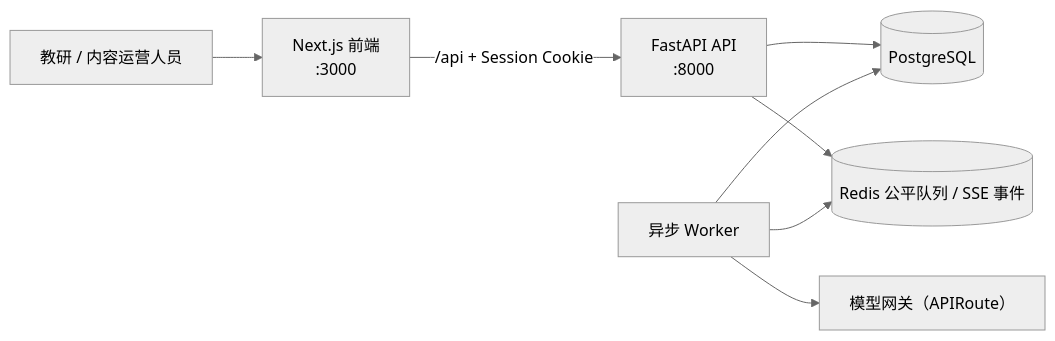
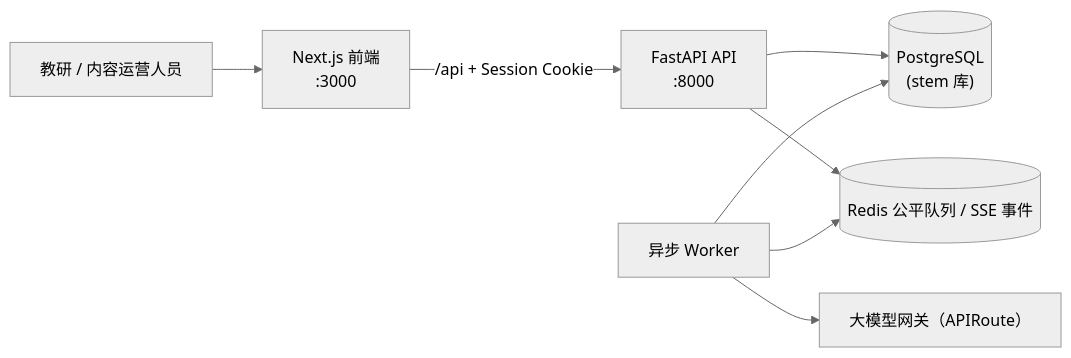
One commit to peteryipikachu-cpu/stem-system changed the first of 2 diagrams in README.md. Above: the diagram before and after it, drawn with Mermaid (neutral theme). The commit also changed other lines of this file, not shown here.

````diff
--- a/README.md
+++ b/README.md
@@ -50,10 +55,10 @@
 ```mermaid
 flowchart LR
   User["教研 / 内容运营人员"] --> Web["Next.js 前端\n:3000"]
   Web -->|"/api + Session Cookie"| API["FastAPI API\n:8000"]
-  API --> DB[("PostgreSQL")]
+  API --> DB[("PostgreSQL\n(stem 库)")]
   API --> Queue[("Redis 公平队列 / SSE 事件")]
   Worker["异步 Worker"] --> Queue
   Worker --> DB
-  Worker --> Models["模型网关（APIRoute）"]
+  Worker --> Models["大模型网关（APIRoute）"]
 ```
````
